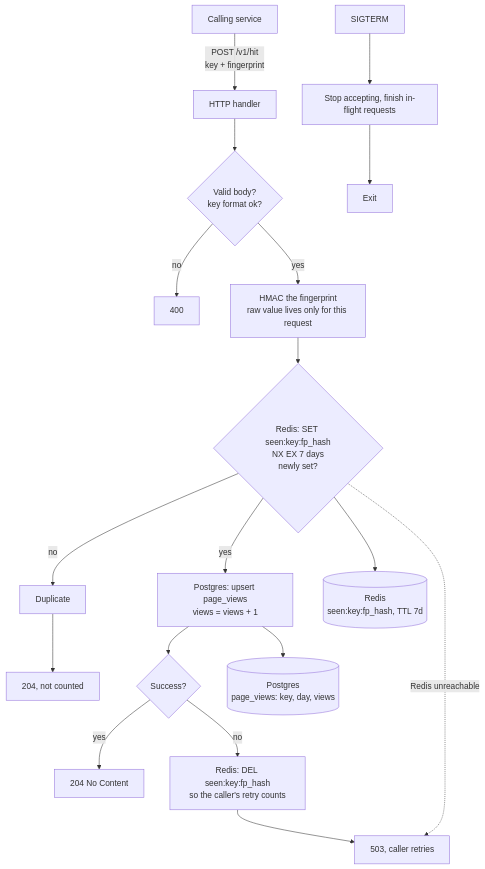
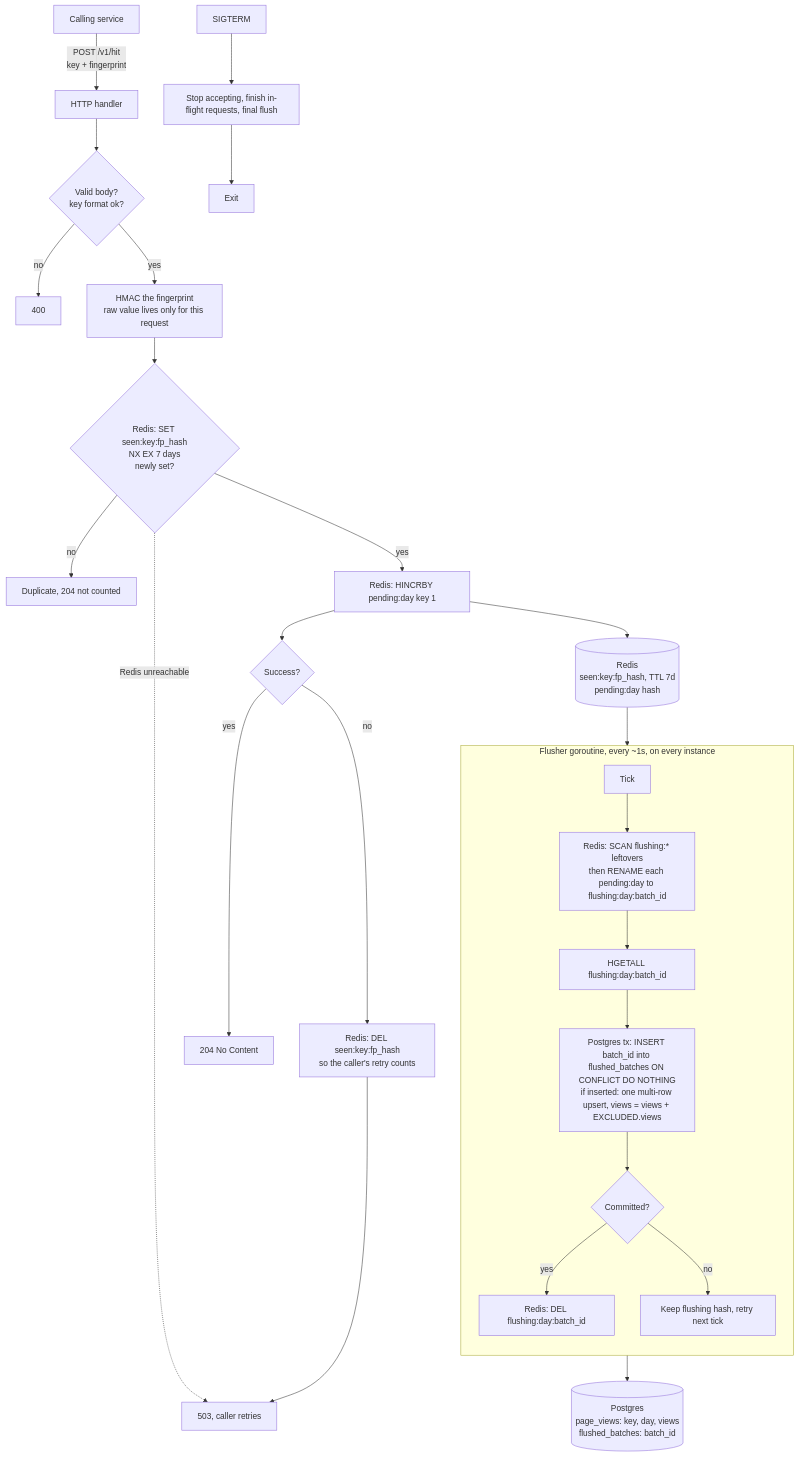
One commit to oshanz/view-counter changed the diagram in docs/write-path.md. Above: the diagram before and after it, drawn with Mermaid. The commit also changed other lines of this file and 2 other files, not shown here.

Commit message:
Write path: batch flush from Redis; add high-scale NATS design

````diff
--- a/docs/write-path.md
+++ b/docs/write-path.md
@@ -9,23 +9,32 @@
 ```mermaid
 flowchart TD
     C[Calling service] -->|POST /v1/hit<br/>key + fingerprint| H[HTTP handler]
     H --> V{Valid body?<br/>key format ok?}
     V -- no --> E[400]
     V -- yes --> FP[HMAC the fingerprint<br/>raw value lives only for this request]
     FP --> NX{Redis: SET seen:key:fp_hash<br/>NX EX 7 days<br/>newly set?}
-    NX -- no --> DUP[Duplicate]
-    NX -- yes --> UP[Postgres: upsert page_views<br/>views = views + 1]
-
-    DUP --> R204[204, not counted]
-    UP --> OK{Success?}
-    OK -- yes --> R204b[204 No Content]
-    OK -- no --> COMP[Redis: DEL seen:key:fp_hash<br/>so the caller's retry counts]
+    NX -- no --> R204[Duplicate, 204 not counted]
+    NX -- yes --> INC[Redis: HINCRBY pending:day key 1]
+    INC --> OKI{Success?}
+    OKI -- yes --> R204b[204 No Content]
+    OKI -- no --> COMP[Redis: DEL seen:key:fp_hash<br/>so the caller's retry counts]
     COMP --> E503[503, caller retries]
-
     NX -. Redis unreachable .-> E503
 
-    UP --> PG[(Postgres<br/>page_views: key, day, views)]
-    NX --> RD[(Redis<br/>seen:key:fp_hash, TTL 7d)]
+    INC --> RD[(Redis<br/>seen:key:fp_hash, TTL 7d<br/>pending:day hash)]
 
-    SIG[SIGTERM] --> STOP[Stop accepting, finish in-flight requests] --> EXIT[Exit]
+    subgraph Flush [Flusher goroutine, every ~1s, on every instance]
+        direction TD
+        T[Tick] --> SW[Redis: SCAN flushing:* leftovers<br/>then RENAME each pending:day to flushing:day:batch_id]
+        SW --> RG[HGETALL flushing:day:batch_id]
+        RG --> TX[Postgres tx: INSERT batch_id into flushed_batches ON CONFLICT DO NOTHING<br/>if inserted: one multi-row upsert, views = views + EXCLUDED.views]
+        TX --> OKF{Committed?}
+        OKF -- yes --> DEL[Redis: DEL flushing:day:batch_id]
+        OKF -- no --> KEEP[Keep flushing hash, retry next tick]
+    end
+
+    RD --> T
+    TX --> PG[(Postgres<br/>page_views: key, day, views<br/>flushed_batches: batch_id)]
+
+    SIG[SIGTERM] --> STOP[Stop accepting, finish in-flight requests, final flush] --> EXIT[Exit]
 ```
````
